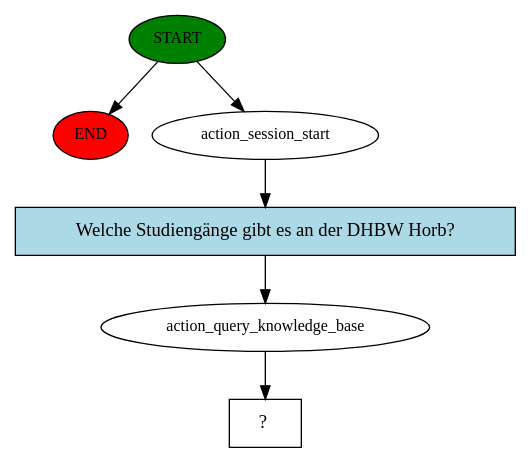
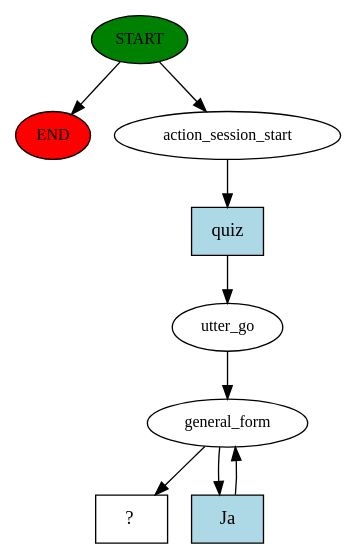
The diagram in rasa-bot/story_graph.dot (benitadietrich/chatbot-prototype), drawn with Graphviz before and after one commit. The commit also changed 30 other files, not shown here.

```diff
--- a/rasa-bot/story_graph.dot
+++ b/rasa-bot/story_graph.dot
@@ -1,13 +1,18 @@
 digraph  {
 0 [class="start active", fillcolor=green, fontsize=12, label=START, style=filled];
 "-1" [class=end, fillcolor=red, fontsize=12, label=END, style=filled];
 1 [class=active, fontsize=12, label=action_session_start];
-2 [class=active, fontsize=12, label=action_query_knowledge_base];
-3 [class="intent dashed active", label="  ?  ", shape=rect];
-4 [class="intent active", fillcolor=lightblue, label="Welche Studiengänge gibt es an der DHBW Horb?", shape=rect, style=filled];
+2 [class=active, fontsize=12, label=utter_go];
+3 [class=active, fontsize=12, label=general_form];
+5 [class="intent dashed active", label="  ?  ", shape=rect];
+6 [class="intent active", fillcolor=lightblue, label=quiz, shape=rect, style=filled];
+7 [class="intent active", fillcolor=lightblue, label=Ja, shape=rect, style=filled];
 0 -> "-1"  [class="", key=NONE, label=""];
 0 -> 1  [class=active, key=NONE, label=""];
-1 -> 4  [class=active, key=0];
+1 -> 6  [class=active, key=0];
 2 -> 3  [class=active, key=NONE, label=""];
-4 -> 2  [class=active, key=0];
+3 -> 5  [class=active, key=NONE, label=""];
+3 -> 7  [class=active, key=0];
+6 -> 2  [class=active, key=0];
+7 -> 3  [class=active, key=0];
 }
```
